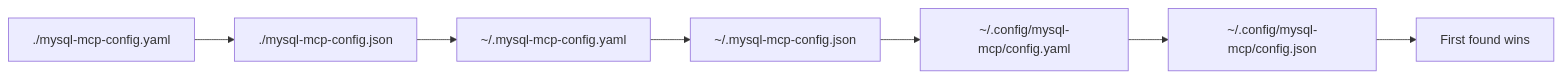
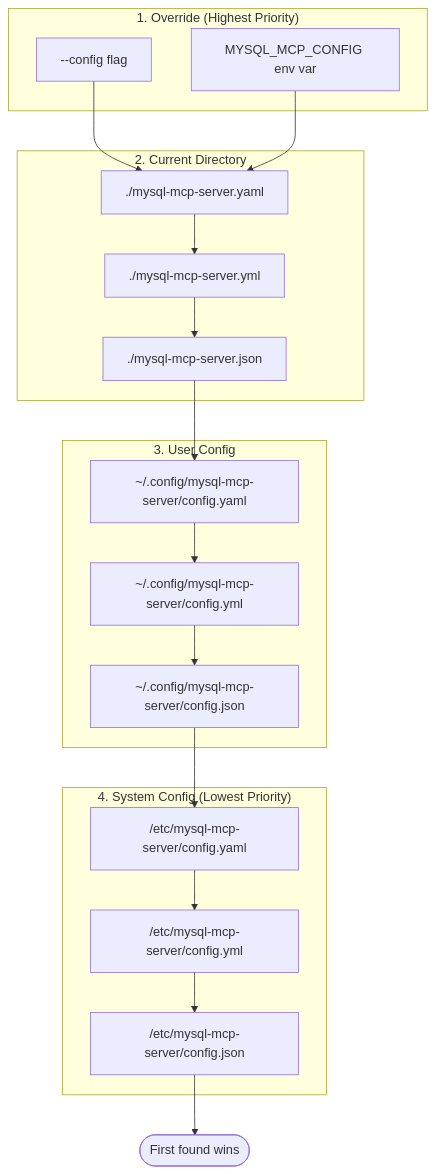
The sixth of 12 diagrams in docs/architecture.md (askdba/mysql-mcp-server), drawn with Mermaid before and after one commit. The commit also changed other lines of this file, not shown here.

Commit message:
fix(docs): correct config file search paths in architecture diagram
The diagram previously showed incorrect paths:
- mysql-mcp-config.yaml (wrong)
- ~/.mysql-mcp-config.yaml (doesn't exist)
- ~/.config/mysql-mcp/ (missing -server suffix)

Updated to match actual FindConfigFile() implementation:
- --config flag / MYSQL_MCP_CONFIG env var (override)
- ./mysql-mcp-server.{yaml,yml,json} (current directory)
- ~/.config/mysql-mcp-server/config.{yaml,yml,json} (user config)
- /etc/mysql-mcp-server/config.{yaml,yml,json} (system config)

````diff
--- a/docs/architecture.md
+++ b/docs/architecture.md
@@ -240,9 +242,30 @@
 ```mermaid
-flowchart LR
-    A["./mysql-mcp-config.yaml"] --> B["./mysql-mcp-config.json"]
-    B --> C["~/.mysql-mcp-config.yaml"]
-    C --> D["~/.mysql-mcp-config.json"]
-    D --> E["~/.config/mysql-mcp/config.yaml"]
-    E --> F["~/.config/mysql-mcp/config.json"]
-    F --> G["First found wins"]
+flowchart TB
+    subgraph "1. Override (Highest Priority)"
+        A["--config flag"]
+        B["MYSQL_MCP_CONFIG env var"]
+    end
+    
+    subgraph "2. Current Directory"
+        C["./mysql-mcp-server.yaml"]
+        D["./mysql-mcp-server.yml"]
+        E["./mysql-mcp-server.json"]
+    end
+    
+    subgraph "3. User Config"
+        F["~/.config/mysql-mcp-server/config.yaml"]
+        G["~/.config/mysql-mcp-server/config.yml"]
+        H["~/.config/mysql-mcp-server/config.json"]
+    end
+    
+    subgraph "4. System Config (Lowest Priority)"
+        I["/etc/mysql-mcp-server/config.yaml"]
+        J["/etc/mysql-mcp-server/config.yml"]
+        K["/etc/mysql-mcp-server/config.json"]
+    end
+    
+    A --> C
+    B --> C
+    C --> D --> E --> F --> G --> H --> I --> J --> K
+    K --> L(["First found wins"])
 ```
````
